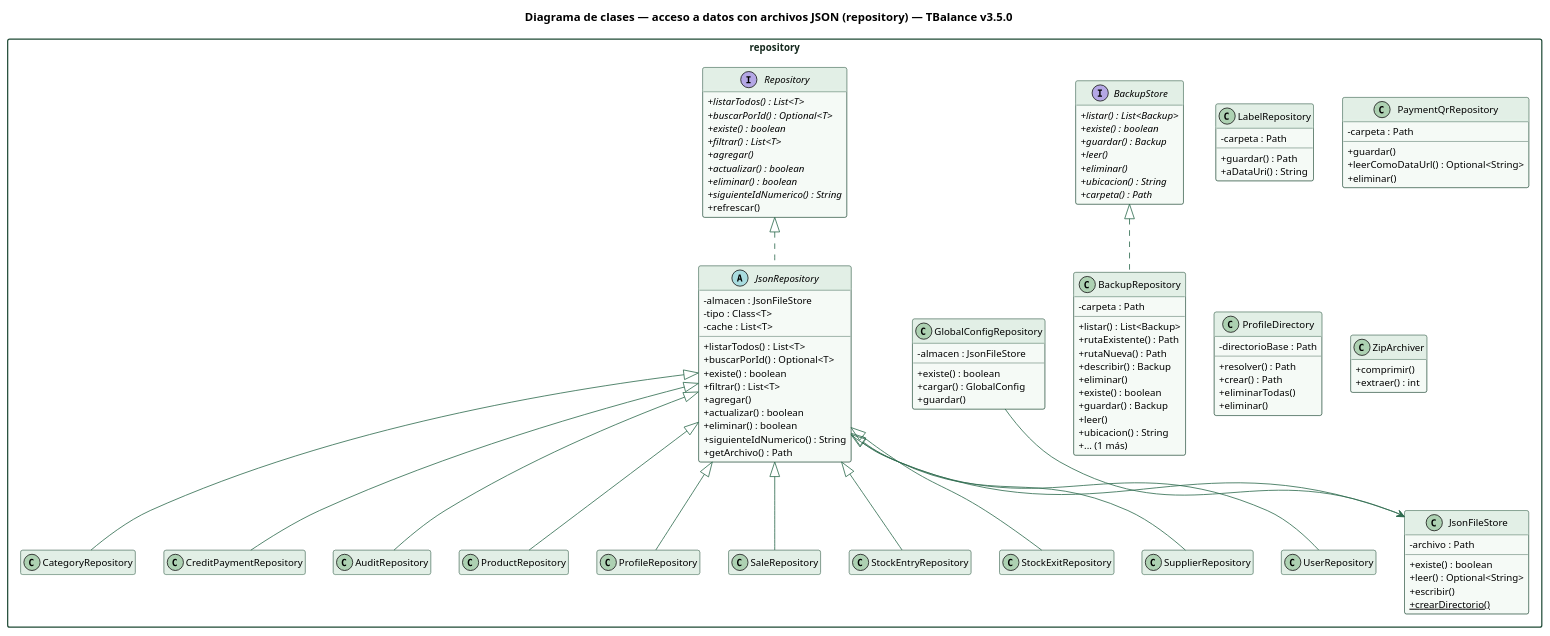
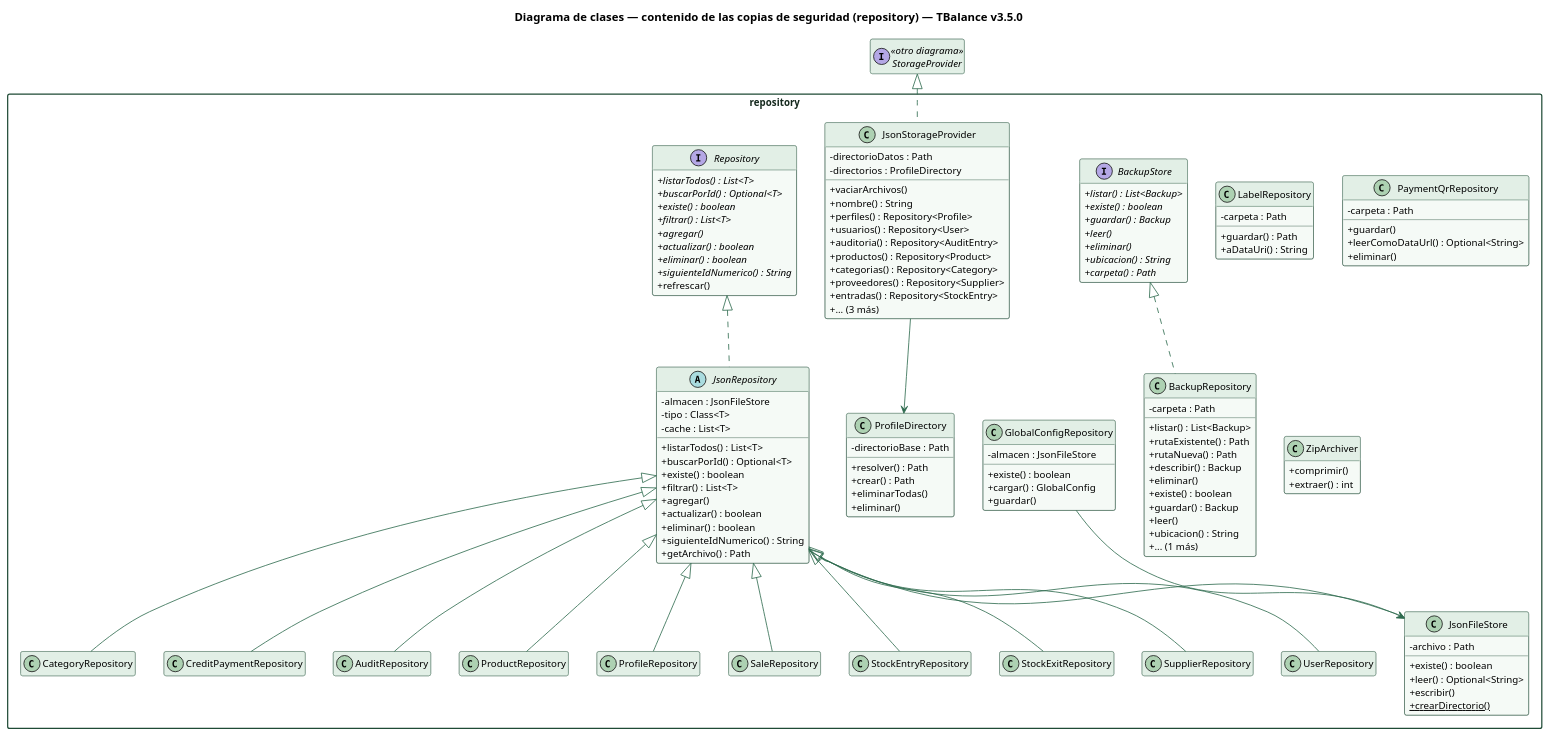
Before and after one commit to erickf-dev/TBalance: the diagram in docs/diagramas/clases-persistencia.puml, drawn with PlantUML. The commit also changed 74 other files, not shown here.

```diff
--- a/docs/diagramas/clases-persistencia.puml
+++ b/docs/diagramas/clases-persistencia.puml
@@ -1,139 +1,156 @@
 @startuml
 skinparam shadowing false
 skinparam defaultFontName Helvetica
 skinparam defaultFontSize 12
 skinparam classAttributeIconSize 0
 skinparam packageStyle rectangle
 skinparam ArrowColor #2e6b4f
 skinparam class {
   BackgroundColor #f5faf6
   BorderColor #1e4a35
   HeaderBackgroundColor #e2efe6
 }
 skinparam package {
   BorderColor #1e4a35
   FontColor #14281d
 }
 hide empty members
 
-title Diagrama de clases — acceso a datos con archivos JSON (repository) — TBalance v3.5.0
+title Diagrama de clases — contenido de las copias de seguridad (repository) — TBalance v3.5.0
 
 package repository {
 class AuditRepository {
 }
 class BackupRepository {
   - carpeta : Path
   + listar() : List<Backup>
   + rutaExistente() : Path
   + rutaNueva() : Path
   + describir() : Backup
   + eliminar()
   + existe() : boolean
   + guardar() : Backup
   + leer()
   + ubicacion() : String
   + ... (1 más)
 }
 interface BackupStore {
   + {abstract} listar() : List<Backup>
   + {abstract} existe() : boolean
   + {abstract} guardar() : Backup
   + {abstract} leer()
   + {abstract} eliminar()
   + {abstract} ubicacion() : String
   + {abstract} carpeta() : Path
 }
 class CategoryRepository {
 }
 class CreditPaymentRepository {
 }
 class GlobalConfigRepository {
   - almacen : JsonFileStore
   + existe() : boolean
   + cargar() : GlobalConfig
   + guardar()
 }
 class JsonFileStore {
   - archivo : Path
   + existe() : boolean
   + leer() : Optional<String>
   + escribir()
   + {static} crearDirectorio()
 }
 abstract class JsonRepository {
   - almacen : JsonFileStore
   - tipo : Class<T>
   - cache : List<T>
   + listarTodos() : List<T>
   + buscarPorId() : Optional<T>
   + existe() : boolean
   + filtrar() : List<T>
   + agregar()
   + actualizar() : boolean
   + eliminar() : boolean
   + siguienteIdNumerico() : String
   + getArchivo() : Path
 }
+class JsonStorageProvider {
+  - directorioDatos : Path
+  - directorios : ProfileDirectory
+  + vaciarArchivos()
+  + nombre() : String
+  + perfiles() : Repository<Profile>
+  + usuarios() : Repository<User>
+  + auditoria() : Repository<AuditEntry>
+  + productos() : Repository<Product>
+  + categorias() : Repository<Category>
+  + proveedores() : Repository<Supplier>
+  + entradas() : Repository<StockEntry>
+  + ... (3 más)
+}
 class LabelRepository {
   - carpeta : Path
   + guardar() : Path
   + aDataUri() : String
 }
 class PaymentQrRepository {
   - carpeta : Path
   + guardar()
   + leerComoDataUrl() : Optional<String>
   + eliminar()
 }
 class ProductRepository {
 }
 class ProfileDirectory {
   - directorioBase : Path
   + resolver() : Path
   + crear() : Path
   + eliminarTodas()
   + eliminar()
 }
 class ProfileRepository {
 }
 interface Repository {
   + {abstract} listarTodos() : List<T>
   + {abstract} buscarPorId() : Optional<T>
   + {abstract} existe() : boolean
   + {abstract} filtrar() : List<T>
   + {abstract} agregar()
   + {abstract} actualizar() : boolean
   + {abstract} eliminar() : boolean
   + {abstract} siguienteIdNumerico() : String
   + refrescar()
 }
 class SaleRepository {
 }
 class StockEntryRepository {
 }
 class StockExitRepository {
 }
 class SupplierRepository {
 }
 class UserRepository {
 }
 class ZipArchiver {
   + comprimir()
   + extraer() : int
 }
 }
+interface StorageProvider <<otro diagrama>>
 BackupStore <|.. BackupRepository
 GlobalConfigRepository --> JsonFileStore
 JsonRepository --> JsonFileStore
 JsonRepository <|-- AuditRepository
 JsonRepository <|-- CategoryRepository
 JsonRepository <|-- CreditPaymentRepository
 JsonRepository <|-- ProductRepository
 JsonRepository <|-- ProfileRepository
 JsonRepository <|-- SaleRepository
 JsonRepository <|-- StockEntryRepository
 JsonRepository <|-- StockExitRepository
 JsonRepository <|-- SupplierRepository
 JsonRepository <|-- UserRepository
+JsonStorageProvider --> ProfileDirectory
 Repository <|.. JsonRepository
+StorageProvider <|.. JsonStorageProvider
 @enduml
```
